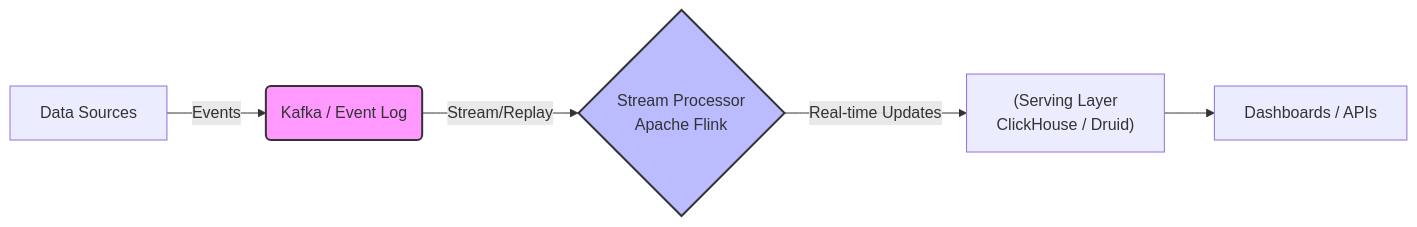
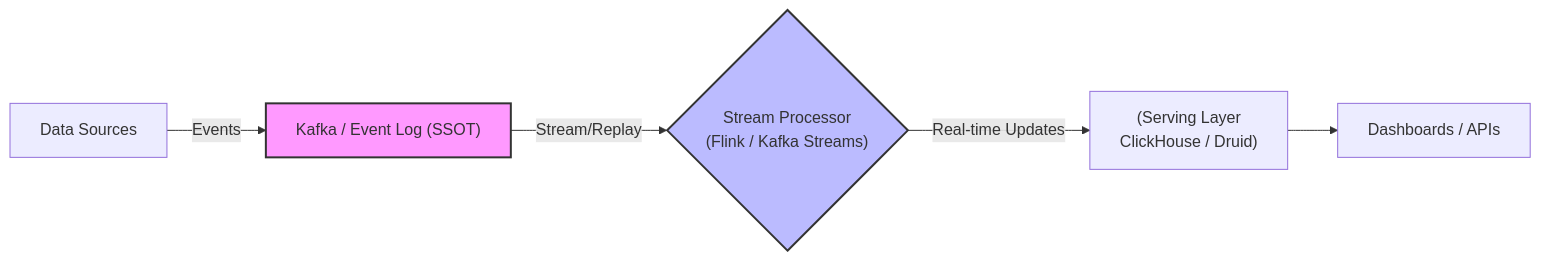
Before and after one commit to kythuatdulieu/kythuatdulieu.github.io: the diagram in src/content/docs/concepts/1-distributed-systems-architecture/kappa-architecture.md, drawn with Mermaid. The commit also changed other lines of this file and 213 other files, not shown here.

Commit message:
Fix syntax and rewrite 200+ concepts docs to deep-dive system architecture and add GA4 tracking to quiz app

````diff
--- a/src/content/docs/concepts/1-distributed-systems-architecture/kappa-architecture.md
+++ b/src/content/docs/concepts/1-distributed-systems-architecture/kappa-architecture.md
@@ -20,10 +32,10 @@
 ```mermaid
 graph LR
-    A["Data Sources"] -->|Events| B("Kafka / Event Log")
-    B -->|Stream/Replay| C{"Stream Processor<br/>Apache Flink"}
+    A["Data Sources"] -->|Events| B["Kafka / Event Log (SSOT)"]
+    B -->|Stream/Replay| C{"Stream Processor<br/>(Flink / Kafka Streams)"}
     C -->|Real-time Updates| D["(Serving Layer<br/>ClickHouse / Druid)"]
     D --> E["Dashboards / APIs"]
     
     style B fill:#f9f,stroke:#333,stroke-width:2px
     style C fill:#bbf,stroke:#333,stroke-width:2px
 ```
````
